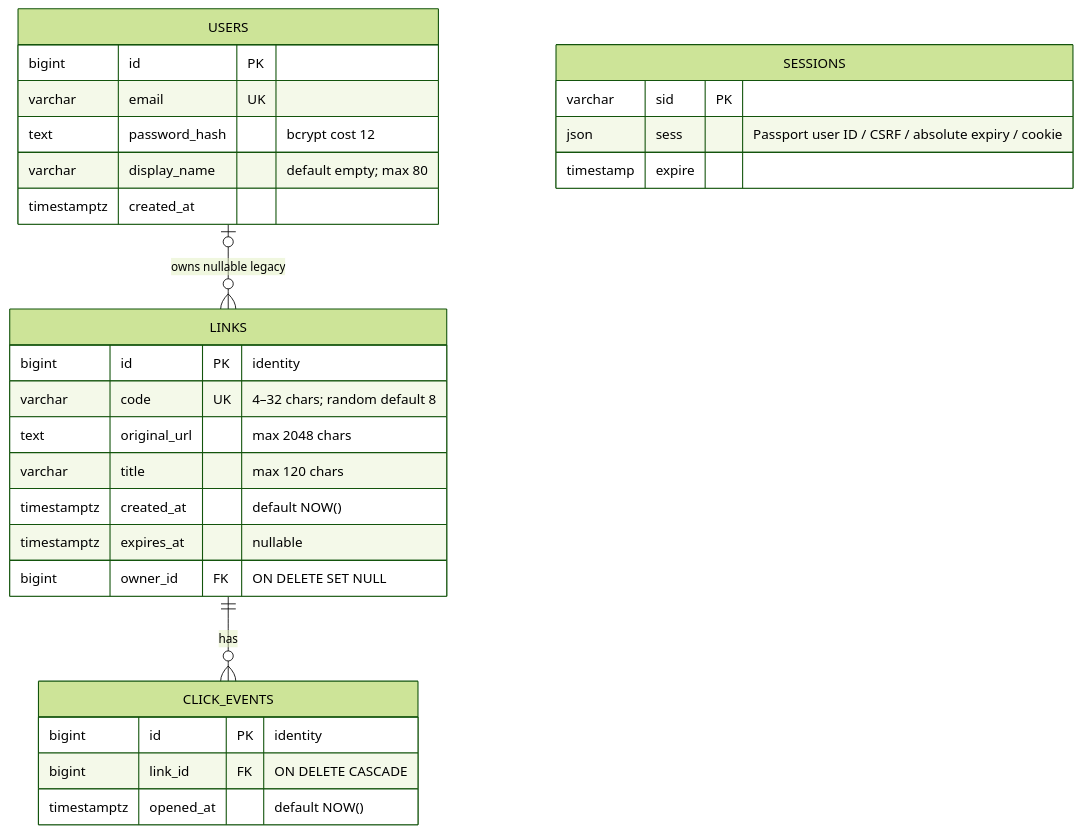
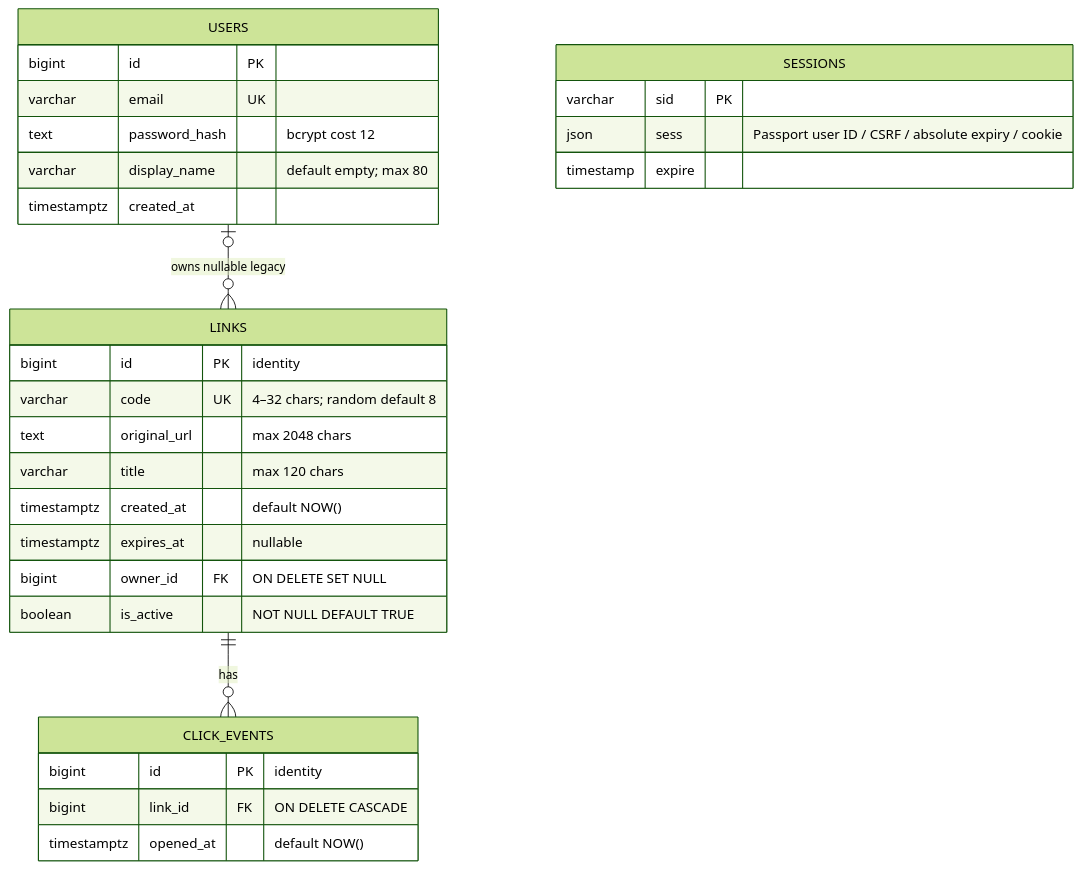
Before and after one commit to nicky-wrc/short-url-system: the fourth of 6 diagrams in docs/DIAGRAMS.md, drawn with Mermaid (forest theme). The commit also changed other lines of this file and 18 other files, not shown here.

````diff
--- a/docs/DIAGRAMS.md
+++ b/docs/DIAGRAMS.md
@@ -89,31 +98,32 @@
 ```mermaid
 erDiagram
     USERS o|--o{ LINKS : "owns nullable legacy"
     LINKS ||--o{ CLICK_EVENTS : "has"
     LINKS {
         bigint id PK "identity"
         varchar code UK "4–32 chars; random default 8"
         text original_url "max 2048 chars"
         varchar title "max 120 chars"
         timestamptz created_at "default NOW()"
         timestamptz expires_at "nullable"
         bigint owner_id FK "ON DELETE SET NULL"
+        boolean is_active "NOT NULL DEFAULT TRUE"
     }
     CLICK_EVENTS {
         bigint id PK "identity"
         bigint link_id FK "ON DELETE CASCADE"
         timestamptz opened_at "default NOW()"
     }
     USERS {
         bigint id PK
         varchar email UK
         text password_hash "bcrypt cost 12"
         varchar display_name "default empty; max 80"
         timestamptz created_at
     }
     SESSIONS {
         varchar sid PK
         json sess "Passport user ID / CSRF / absolute expiry / cookie"
         timestamp expire
     }
 ```
````
